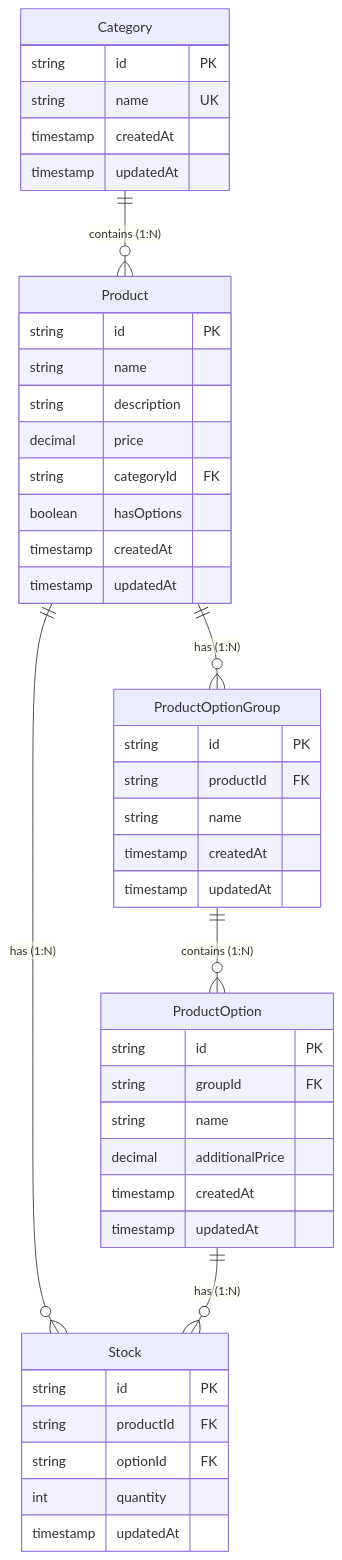
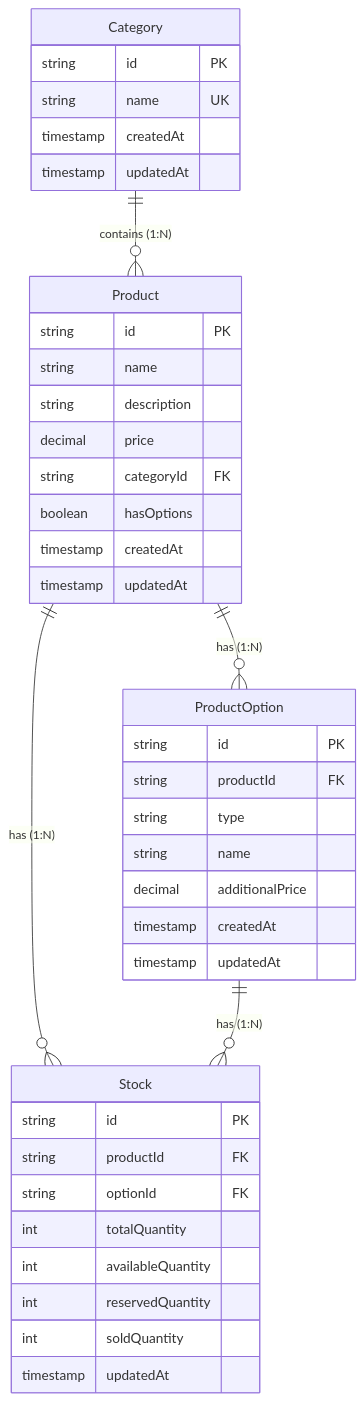
The third of 13 diagrams in docs/dev/dashboard/data-model.md (ywj3493/hhplus-e-commerce), drawn with Mermaid before and after one commit. The commit also changed other lines of this file and 4 other files, not shown here.

````diff
--- a/docs/dev/dashboard/data-model.md
+++ b/docs/dev/dashboard/data-model.md
@@ -148,51 +144,46 @@
 ```mermaid
 erDiagram
     Category {
         string id PK
         string name UK
         timestamp createdAt
         timestamp updatedAt
     }
 
     Product {
         string id PK
         string name
         string description
         decimal price
         string categoryId FK
         boolean hasOptions
         timestamp createdAt
         timestamp updatedAt
     }
 
-    ProductOptionGroup {
+    ProductOption {
         string id PK
         string productId FK
-        string name
-        timestamp createdAt
-        timestamp updatedAt
-    }
-
-    ProductOption {
-        string id PK
-        string groupId FK
+        string type
         string name
         decimal additionalPrice
         timestamp createdAt
         timestamp updatedAt
     }
 
     Stock {
         string id PK
         string productId FK
         string optionId FK
-        int quantity
+        int totalQuantity
+        int availableQuantity
+        int reservedQuantity
+        int soldQuantity
         timestamp updatedAt
     }
 
     Category ||--o{ Product : "contains (1:N)"
-    Product ||--o{ ProductOptionGroup : "has (1:N)"
+    Product ||--o{ ProductOption : "has (1:N)"
     Product ||--o{ Stock : "has (1:N)"
-    ProductOptionGroup ||--o{ ProductOption : "contains (1:N)"
     ProductOption ||--o{ Stock : "has (1:N)"
 ```
````
